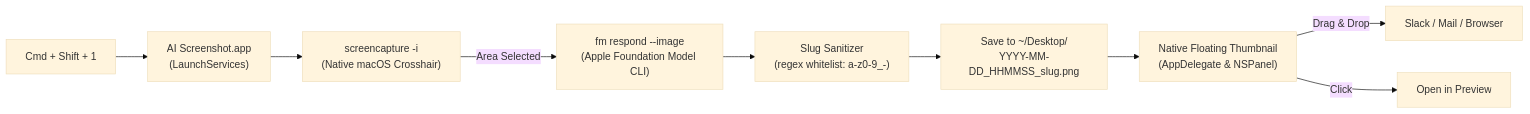
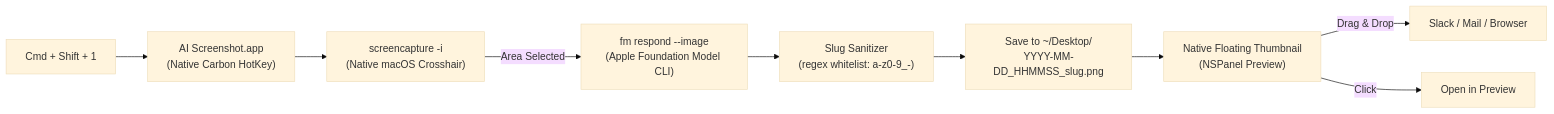
The diagram in README.md (manojm321/ai-screenshot), drawn with Mermaid (base theme) before and after one commit. The commit also changed other lines of this file and 4 other files, not shown here.

Commit message:
feat: switch to native Carbon hotkeys, eliminating Automator and menu bar gear icon

````diff
--- a/README.md
+++ b/README.md
@@ -77,11 +69,11 @@
 ```mermaid
 flowchart LR
-    A["Cmd + Shift + 1"] --> B["AI Screenshot.app\n(LaunchServices)"]
+    A["Cmd + Shift + 1"] --> B["AI Screenshot.app\n(Native Carbon HotKey)"]
     B --> C["screencapture -i\n(Native macOS Crosshair)"]
     C -->|Area Selected| D["fm respond --image\n(Apple Foundation Model CLI)"]
     D --> E["Slug Sanitizer\n(regex whitelist: a-z0-9_-)"]
     E --> F["Save to ~/Desktop/\nYYYY-MM-DD_HHMMSS_slug.png"]
-    F --> G["Native Floating Thumbnail\n(AppDelegate & NSPanel)"]
+    F --> G["Native Floating Thumbnail\n(NSPanel Preview)"]
     G -->|Drag & Drop| H["Slack / Mail / Browser"]
     G -->|Click| I["Open in Preview"]
 ```
````
